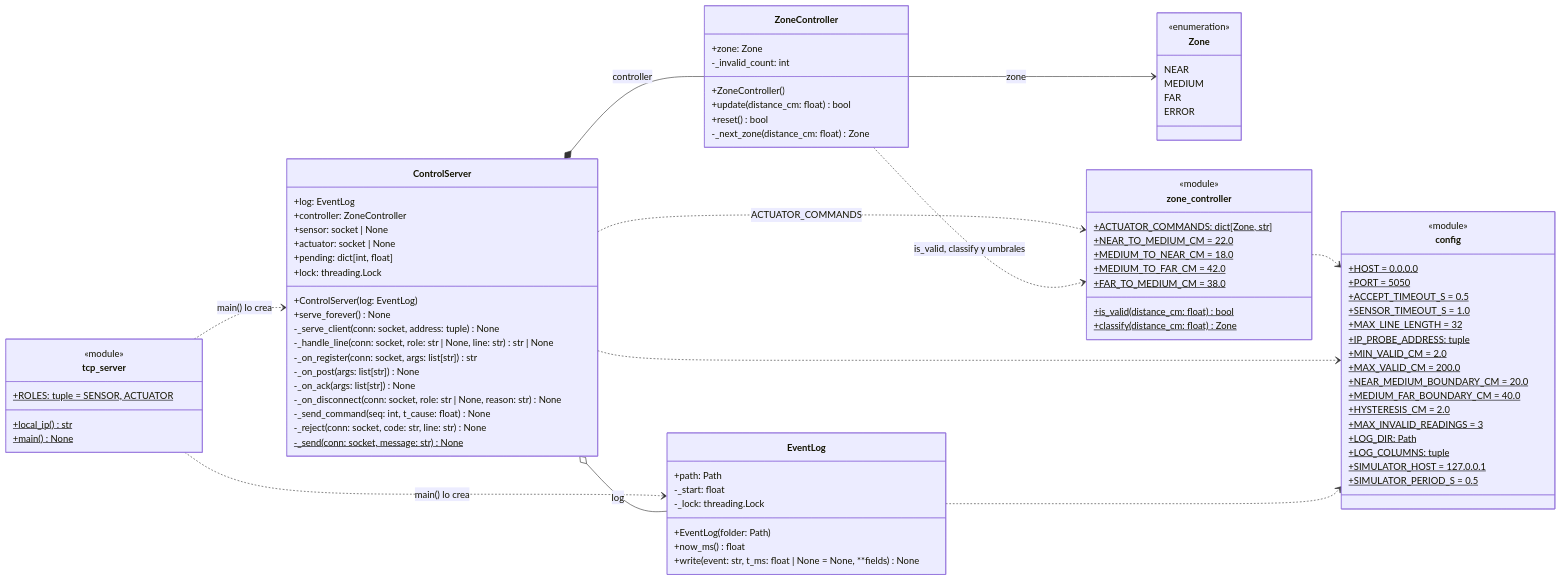
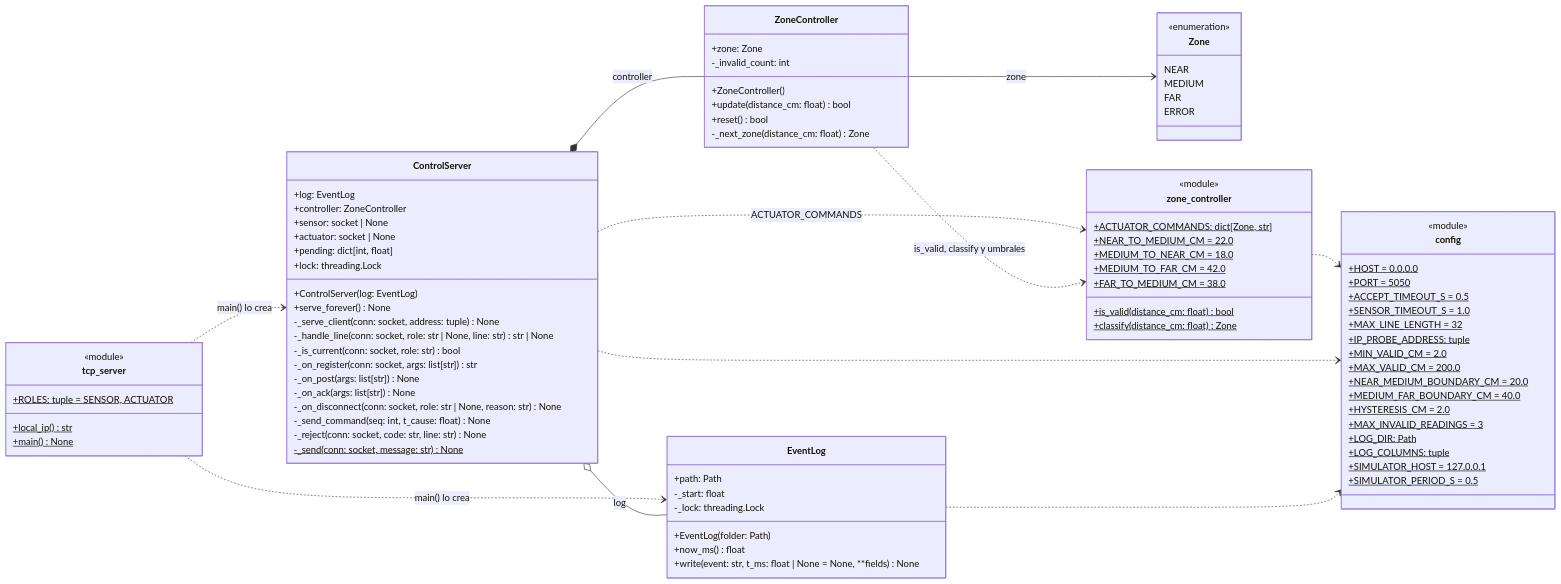
The seventh of 12 diagrams in Informe.md (Andres004/SecondProject-IoT), drawn with Mermaid before and after one commit. The commit also changed other lines of this file and 15 other files, not shown here.

```diff
--- a/Informe.md
+++ b/Informe.md
@@ -485,6 +483,7 @@
         +serve_forever() None
         -_serve_client(conn: socket, address: tuple) None
         -_handle_line(conn: socket, role: str | None, line: str) str | None
+        -_is_current(conn: socket, role: str) bool
         -_on_register(conn: socket, args: list[str]) str
         -_on_post(args: list[str]) None
         -_on_ack(args: list[str]) None
```
